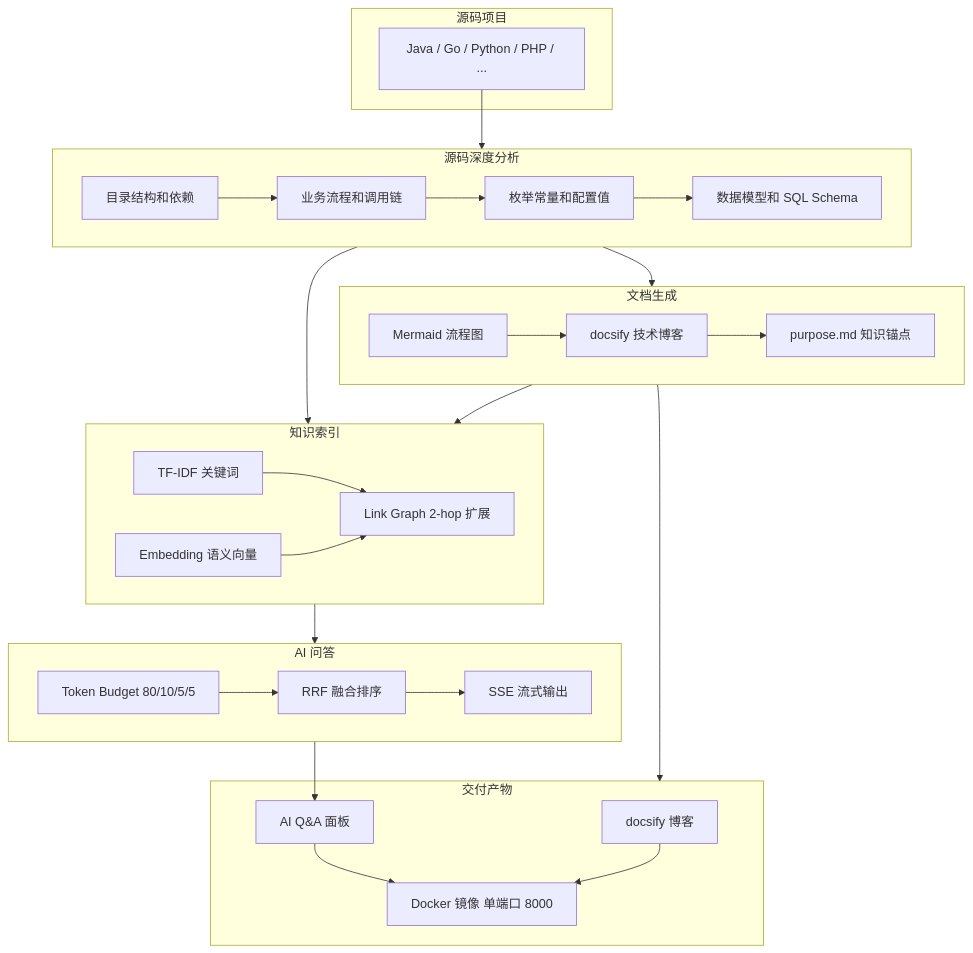
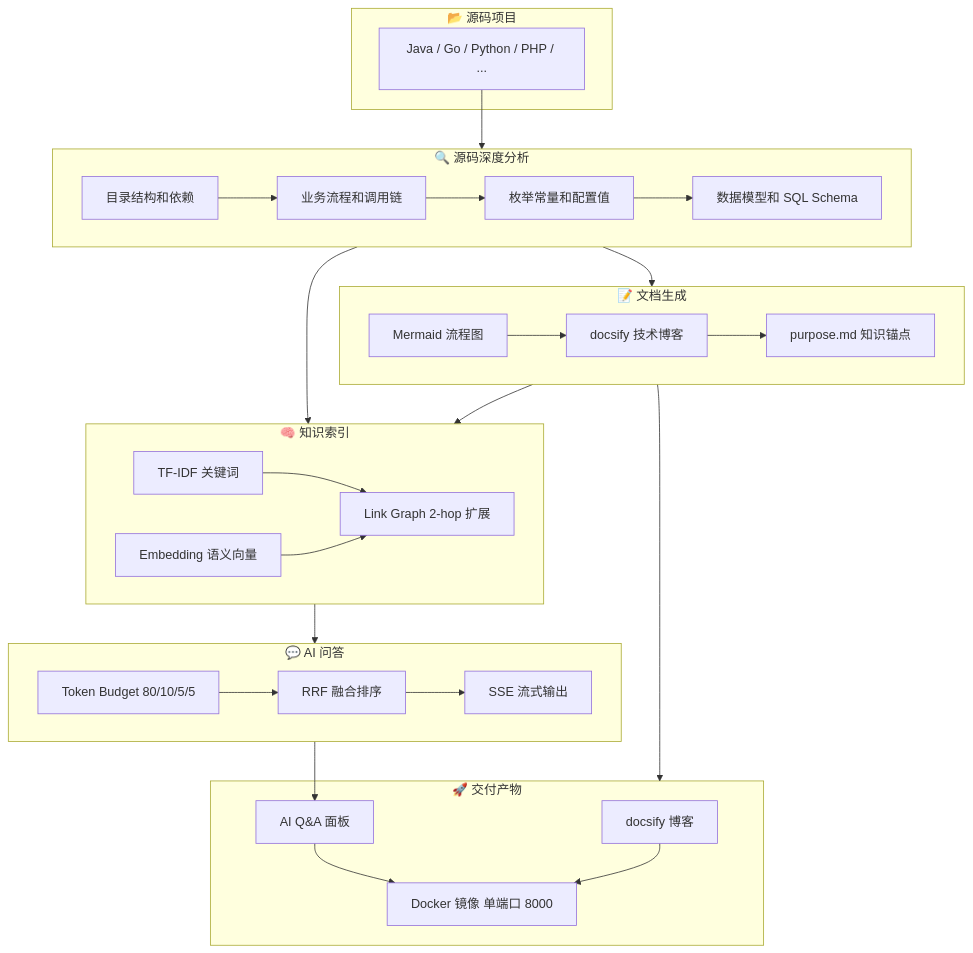
Before and after one commit to lymboy/project-docsify: the first of 2 diagrams in README.md, drawn with Mermaid.

Commit message:
docs: add emoji icons back to mermaid architecture diagram
GitHub renders mermaid server-side where emoji in subgraph labels
works fine. Only browser-side docsify had compat issues.

````diff
--- a/README.md
+++ b/README.md
@@ -9,52 +9,52 @@
 ```mermaid
 flowchart TB
-    subgraph INPUT[源码项目]
+    subgraph INPUT[📂 源码项目]
         SRC[Java / Go / Python / PHP / ...]
     end
 
-    subgraph ANALYZE[源码深度分析]
+    subgraph ANALYZE[🔍 源码深度分析]
         A1[目录结构和依赖]
         A2[业务流程和调用链]
         A3[枚举常量和配置值]
         A4[数据模型和 SQL Schema]
         A1 --> A2 --> A3 --> A4
     end
 
-    subgraph PRODUCE[文档生成]
+    subgraph PRODUCE[📝 文档生成]
         D1[Mermaid 流程图]
         D2[docsify 技术博客]
         D3[purpose.md 知识锚点]
         D1 --> D2 --> D3
     end
 
-    subgraph INDEX[知识索引]
+    subgraph INDEX[🧠 知识索引]
         I1[TF-IDF 关键词]
         I2[Embedding 语义向量]
         I3[Link Graph 2-hop 扩展]
         I1 --> I3
         I2 --> I3
     end
 
-    subgraph QA[AI 问答]
+    subgraph QA[💬 AI 问答]
         Q1[Token Budget 80/10/5/5]
         Q2[RRF 融合排序]
         Q3[SSE 流式输出]
         Q1 --> Q2 --> Q3
     end
 
-    subgraph OUTPUT[交付产物]
+    subgraph OUTPUT[🚀 交付产物]
         O1[docsify 博客]
         O2[AI Q&A 面板]
         O3[Docker 镜像 单端口 8000]
     end
 
     SRC --> ANALYZE
     ANALYZE --> PRODUCE
     ANALYZE --> INDEX
     PRODUCE --> INDEX
     INDEX --> QA
     PRODUCE --> OUTPUT
     QA --> O2
     O2 --> O3
     O1 --> O3
 ```
````
